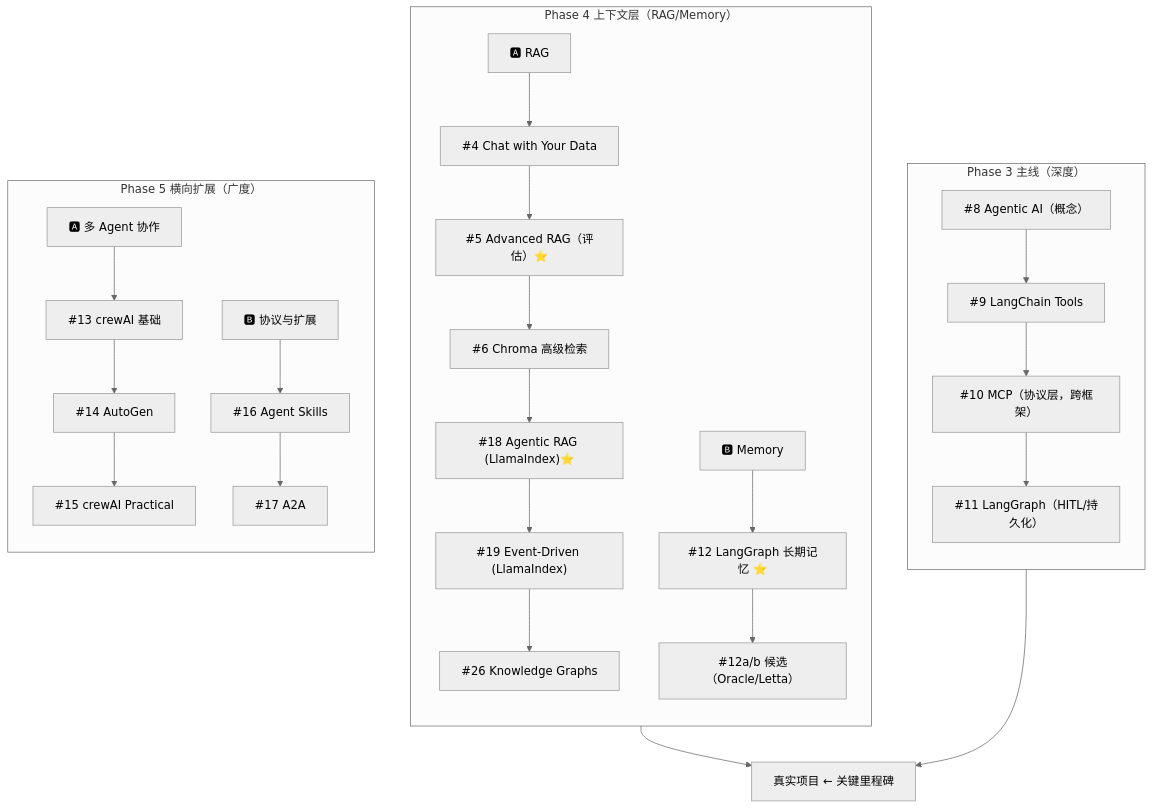
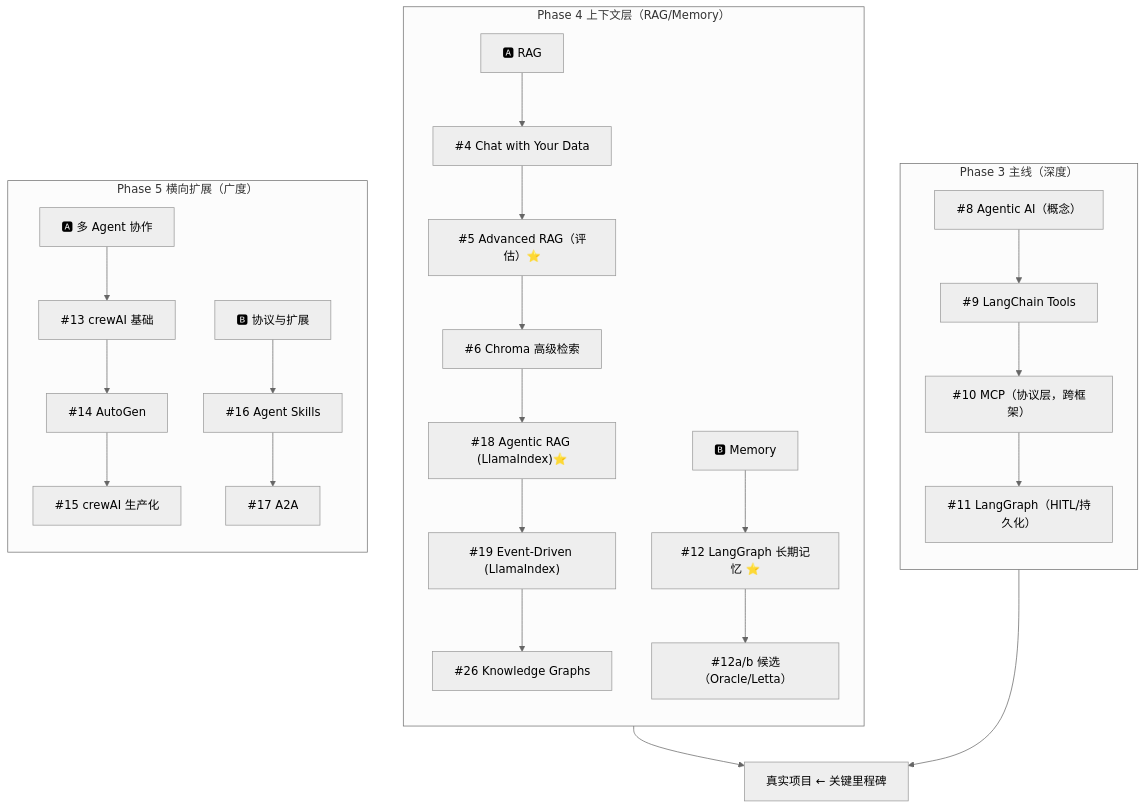
Before and after one commit to Colonel86/ai-agent-learn: the diagram in agent/roadmap/deeplearning-ai-course-order.md, drawn with Mermaid (neutral theme). The commit also changed other lines of this file and 1 other file, not shown here.

First line of the commit message:
docs(roadmap): 对照官网全量目录增量更新课程顺序表

````diff
--- a/agent/roadmap/deeplearning-ai-course-order.md
+++ b/agent/roadmap/deeplearning-ai-course-order.md
@@ -171,19 +172,19 @@
 ```mermaid
 flowchart TB
     subgraph 主线["Phase 3 主线（深度）"]
         direction TB
         C8["#8 Agentic AI（概念）"] --> C9["#9 LangChain Tools"] --> C10["#10 MCP（协议层，跨框架）"] --> C11["#11 LangGraph（HITL/持久化）"]
     end
     subgraph 上下文["Phase 4 上下文层（RAG/Memory）"]
         direction TB
         R["🅰 RAG"] --> R4["#4 Chat with Your Data"] --> R5["#5 Advanced RAG（评估）⭐"] --> R6["#6 Chroma 高级检索"] --> R18["#18 Agentic RAG (LlamaIndex)⭐"] --> R19["#19 Event-Driven (LlamaIndex)"] --> R26["#26 Knowledge Graphs"]
         M["🅱 Memory"] --> M12["#12 LangGraph 长期记忆 ⭐"] --> M12b["#12a/b 候选（Oracle/Letta）"]
     end
     subgraph 横向["Phase 5 横向扩展（广度）"]
         direction TB
-        H["🅰 多 Agent 协作"] --> H13["#13 crewAI 基础"] --> H14["#14 AutoGen"] --> H15["#15 crewAI Practical"]
+        H["🅰 多 Agent 协作"] --> H13["#13 crewAI 基础"] --> H14["#14 AutoGen"] --> H15["#15 crewAI 生产化"]
         HB["🅱 协议与扩展"] --> H16["#16 Agent Skills"] --> H17["#17 A2A"]
     end
     C11 --> PROJ["真实项目 ← 关键里程碑"]
     上下文 --> PROJ
 ```
````
